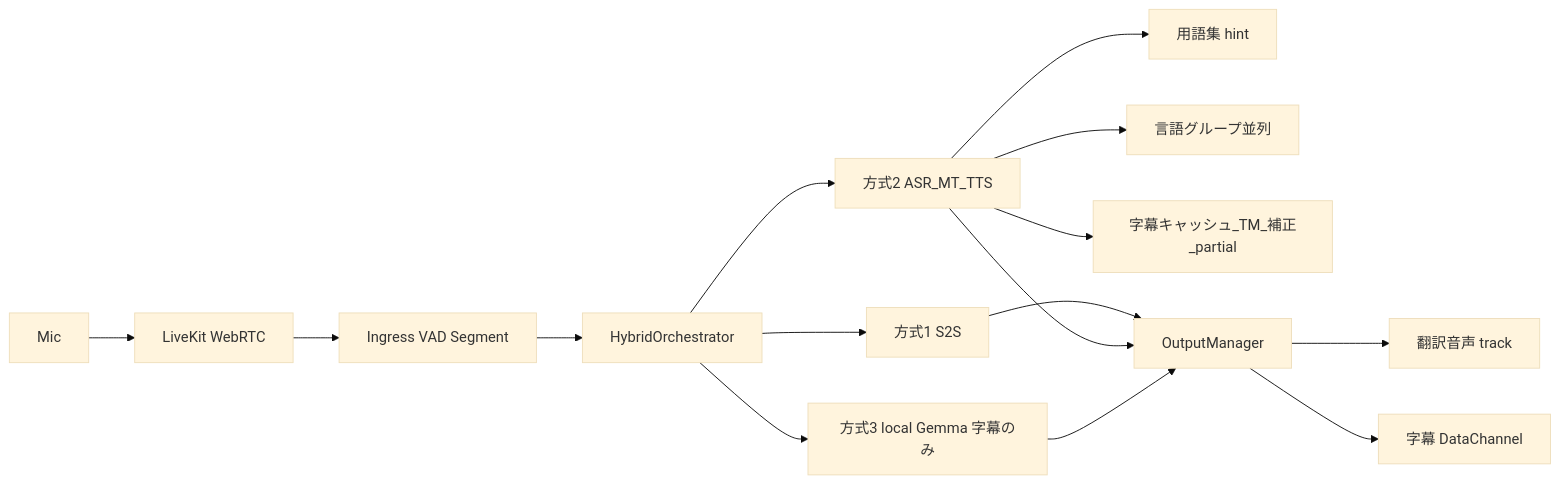
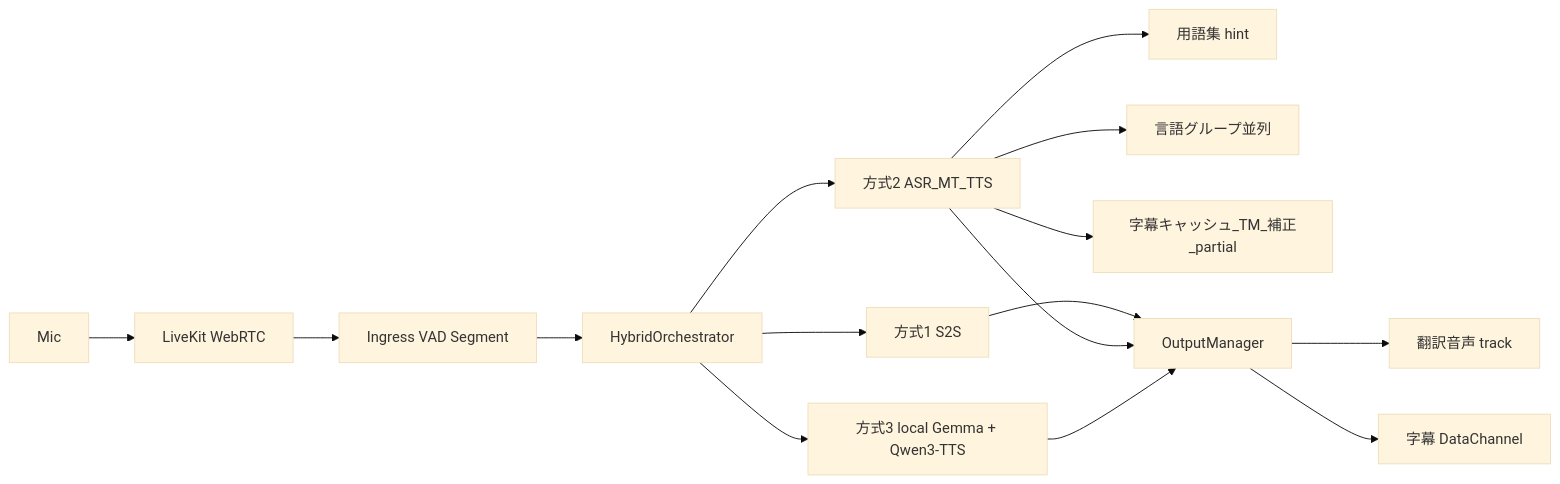
Before and after one commit to liushuang393/apps: the first of 4 diagrams in language-aware-conferencing-system/sonowa/README.md, drawn with Mermaid (base theme). The commit also changed other lines of this file and 20 other files, not shown here.

First line of the commit message:
feat(local): 方式3 に翻訳音声（Qwen3-TTS）を追加し、オフライン動作と品質ゲートを修正

````diff
--- a/language-aware-conferencing-system/sonowa/README.md
+++ b/language-aware-conferencing-system/sonowa/README.md
@@ -83,17 +83,17 @@
 ```mermaid
 flowchart LR
   mic[Mic] --> lk[LiveKit WebRTC]
   lk --> ingress[Ingress VAD Segment]
   ingress --> orch[HybridOrchestrator]
   orch --> m1[方式1 S2S]
   orch --> m2[方式2 ASR_MT_TTS]
-  orch --> m3[方式3 local Gemma 字幕のみ]
+  orch --> m3[方式3 local Gemma + Qwen3-TTS]
   m2 --> gloss[用語集 hint]
   m2 --> parallel[言語グループ並列]
   m2 --> subopt[字幕キャッシュ_TM_補正_partial]
   m1 --> om[OutputManager]
   m2 --> om
   m3 --> om
   om --> audioOut[翻訳音声 track]
   om --> subOut[字幕 DataChannel]
 ```
````
